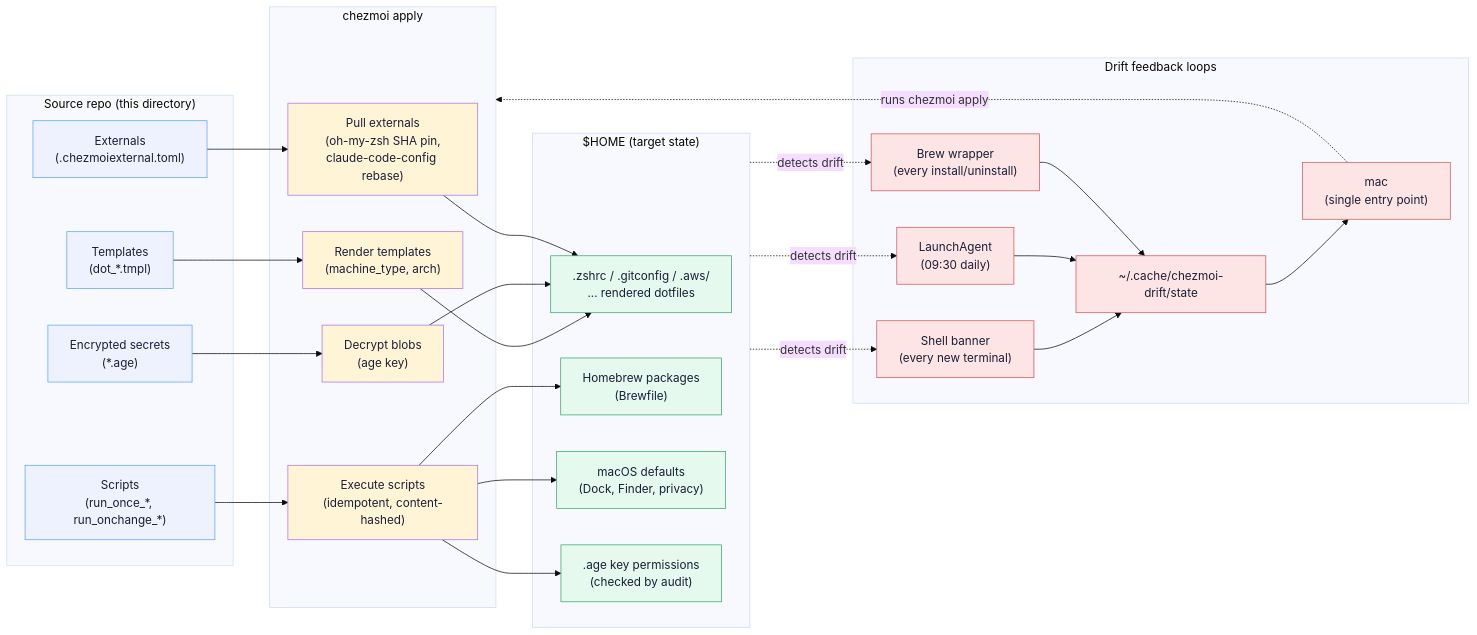
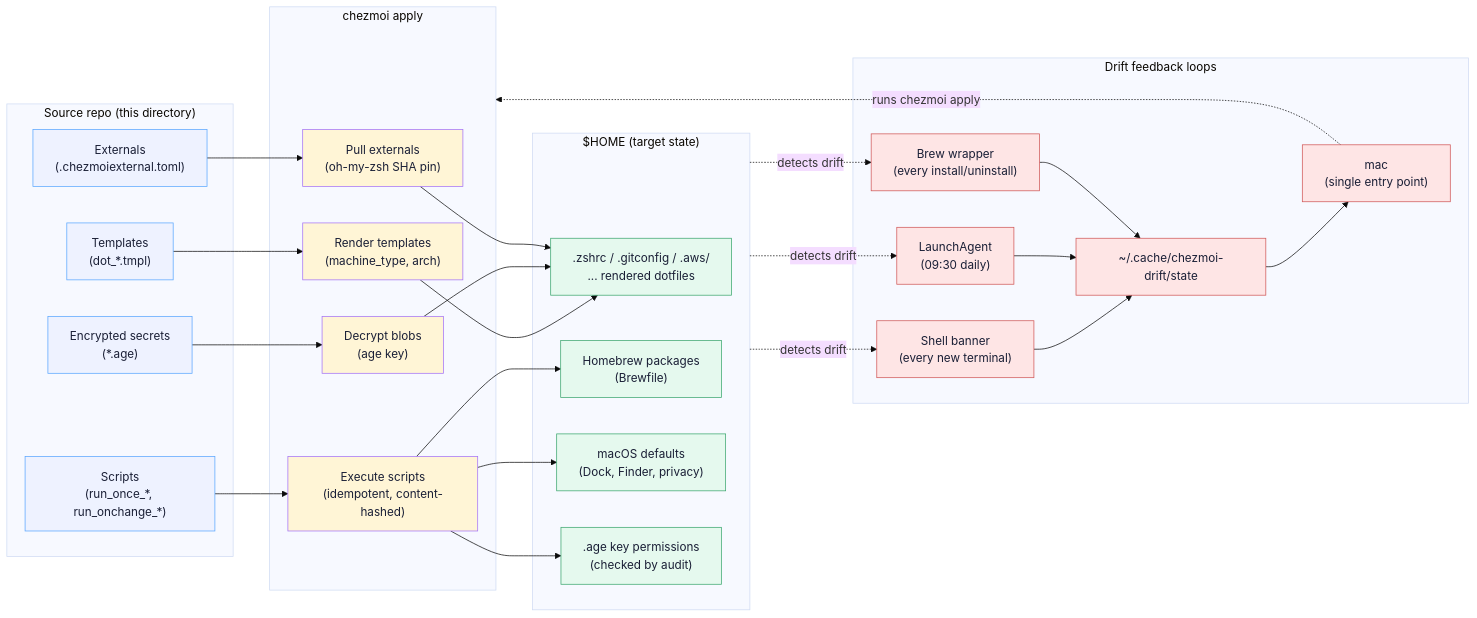
One commit to edjchapman/Dotfiles changed the diagram in docs/architecture.md. Above: the diagram before and after it, drawn with Mermaid (base theme). The commit also changed other lines of this file and 12 other files, not shown here.

First line of the commit message:
refactor(externals): move claude-code-config from external to working clone (#103)

````diff
--- a/docs/architecture.md
+++ b/docs/architecture.md
@@ -17,61 +17,61 @@
 ```mermaid
 flowchart LR
     subgraph SRC["Source repo (this directory)"]
         TMPL["Templates<br/>(dot_*.tmpl)"]
         AGE["Encrypted secrets<br/>(*.age)"]
         SCR["Scripts<br/>(run_once_*, run_onchange_*)"]
         EXT["Externals<br/>(.chezmoiexternal.toml)"]
     end
 
     subgraph APPLY["chezmoi apply"]
         RENDER["Render templates<br/>(machine_type, arch)"]
         DECRYPT["Decrypt blobs<br/>(age key)"]
         EXEC["Execute scripts<br/>(idempotent, content-hashed)"]
-        PULL["Pull externals<br/>(oh-my-zsh SHA pin,<br/>claude-code-config rebase)"]
+        PULL["Pull externals<br/>(oh-my-zsh SHA pin)"]
     end
 
     subgraph HOME["$HOME (target state)"]
         DOT[".zshrc / .gitconfig / .aws/<br/>... rendered dotfiles"]
         BREW["Homebrew packages<br/>(Brewfile)"]
         DEFAULTS["macOS defaults<br/>(Dock, Finder, privacy)"]
         SEC[".age key permissions<br/>(checked by audit)"]
     end
 
     subgraph DRIFT["Drift feedback loops"]
         BANNER["Shell banner<br/>(every new terminal)"]
         AGENT["LaunchAgent<br/>(09:30 daily)"]
         WRAPPER["Brew wrapper<br/>(every install/uninstall)"]
         CACHE["~/.cache/chezmoi-drift/state"]
         MAC["mac<br/>(single entry point)"]
     end
 
     TMPL --> RENDER
     AGE --> DECRYPT
     SCR --> EXEC
     EXT --> PULL
 
     RENDER --> DOT
     DECRYPT --> DOT
     EXEC --> BREW
     EXEC --> DEFAULTS
     EXEC --> SEC
     PULL --> DOT
 
     HOME -.detects drift.-> BANNER
     HOME -.detects drift.-> AGENT
     HOME -.detects drift.-> WRAPPER
     BANNER --> CACHE
     AGENT --> CACHE
     WRAPPER --> CACHE
     CACHE --> MAC
     MAC -.runs chezmoi apply.-> APPLY
 
     classDef src fill:#eef2ff,stroke:#58a6ff,color:#1a1f36
     classDef apply fill:#fff5d6,stroke:#a371f7,color:#1a1f36
     classDef home fill:#e5f9ee,stroke:#3aa56d,color:#1a1f36
     classDef drift fill:#fee5e5,stroke:#d05656,color:#1a1f36
     class TMPL,AGE,SCR,EXT src
     class RENDER,DECRYPT,EXEC,PULL apply
     class DOT,BREW,DEFAULTS,SEC home
     class BANNER,AGENT,WRAPPER,CACHE,MAC drift
 ```
````
